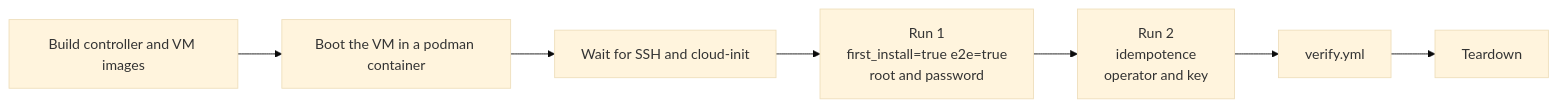
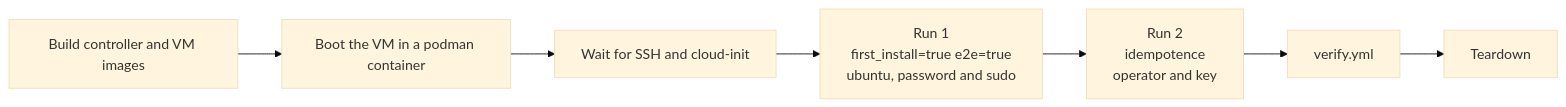
One commit to nayrosk/nayrosk-ansible changed the diagram in docs/testing.md. Above: the diagram before and after it, drawn with Mermaid (base theme). The commit also changed other lines of this file and 29 other files, not shown here.

````diff
--- a/docs/testing.md
+++ b/docs/testing.md
@@ -35,9 +35,9 @@
 ```mermaid
 flowchart LR
     B[Build controller and VM images] --> V[Boot the VM in a podman container]
     V --> W[Wait for SSH and cloud-init]
-    W --> R1["Run 1<br/>first_install=true e2e=true<br/>root and password"]
+    W --> R1["Run 1<br/>first_install=true e2e=true<br/>ubuntu, password and sudo"]
     R1 --> R2["Run 2<br/>idempotence<br/>operator and key"]
     R2 --> VF[verify.yml]
     VF --> T[Teardown]
 ```
````
